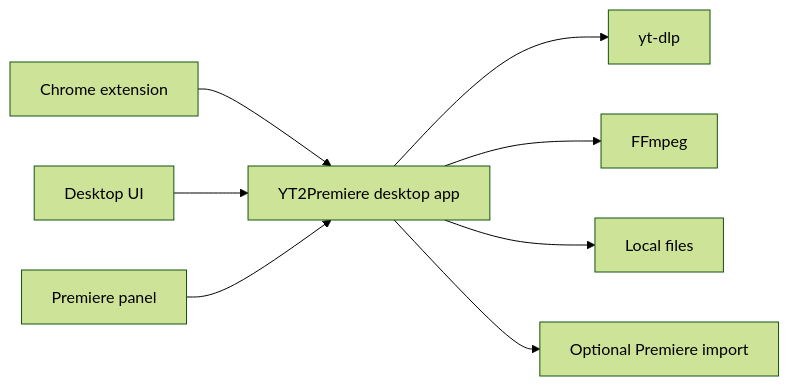
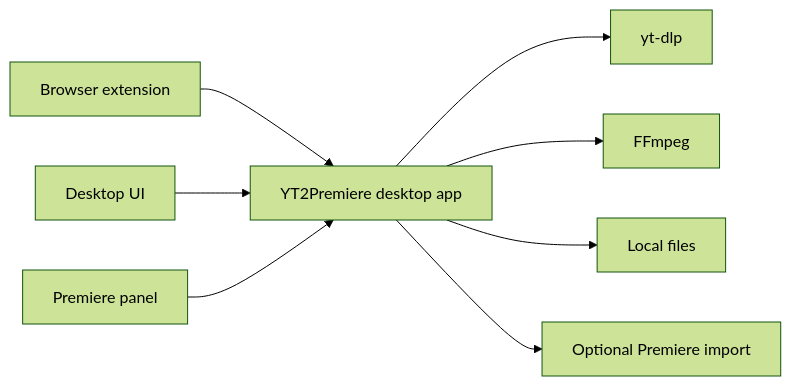
The diagram in README.md (antoineghigny/premiere-pro-youtube-downloader), drawn with Mermaid (forest theme) before and after one commit. The commit also changed other lines of this file and 7 other files, not shown here.

````diff
--- a/README.md
+++ b/README.md
@@ -75,10 +75,10 @@
 ```mermaid
 flowchart LR
-    Browser["Chrome extension"] --> App["YT2Premiere desktop app"]
+    Browser["Browser extension"] --> App["YT2Premiere desktop app"]
     Desktop["Desktop UI"] --> App
     Premiere["Premiere panel"] --> App
     App --> YTDLP["yt-dlp"]
     App --> FFMPEG["FFmpeg"]
     App --> Files["Local files"]
     App --> Import["Optional Premiere import"]
 ```
````
